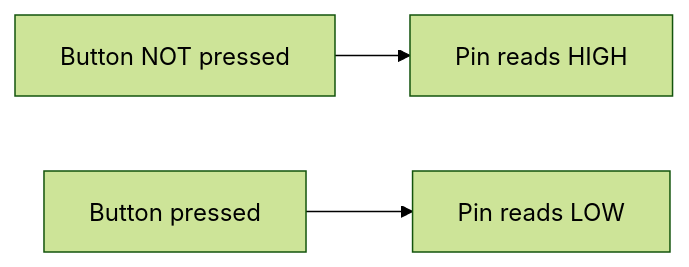
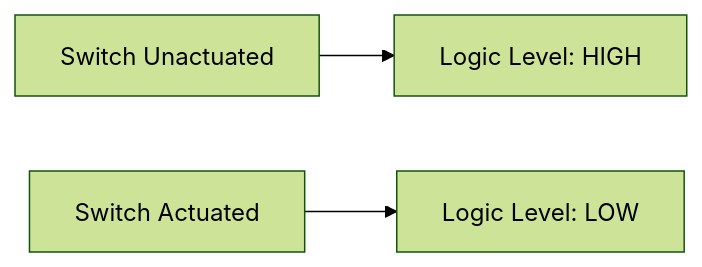
Before and after one commit to jithurx/learn: the seventh of 9 diagrams in src/content/docs/posts/intro-to-hardware/index.md, drawn with Mermaid (forest theme). The commit also changed other lines of this file, not shown here.

````diff
--- a/src/content/docs/posts/intro-to-hardware/index.md
+++ b/src/content/docs/posts/intro-to-hardware/index.md
@@ -335,5 +326,5 @@
 ```mermaid
 flowchart LR
-    A["Button NOT pressed"] --> B["Pin reads HIGH"]
-    C["Button pressed"] --> D["Pin reads LOW"]
+    A["Switch Unactuated"] --> B["Logic Level: HIGH"]
+    C["Switch Actuated"] --> D["Logic Level: LOW"]
 ```
````
